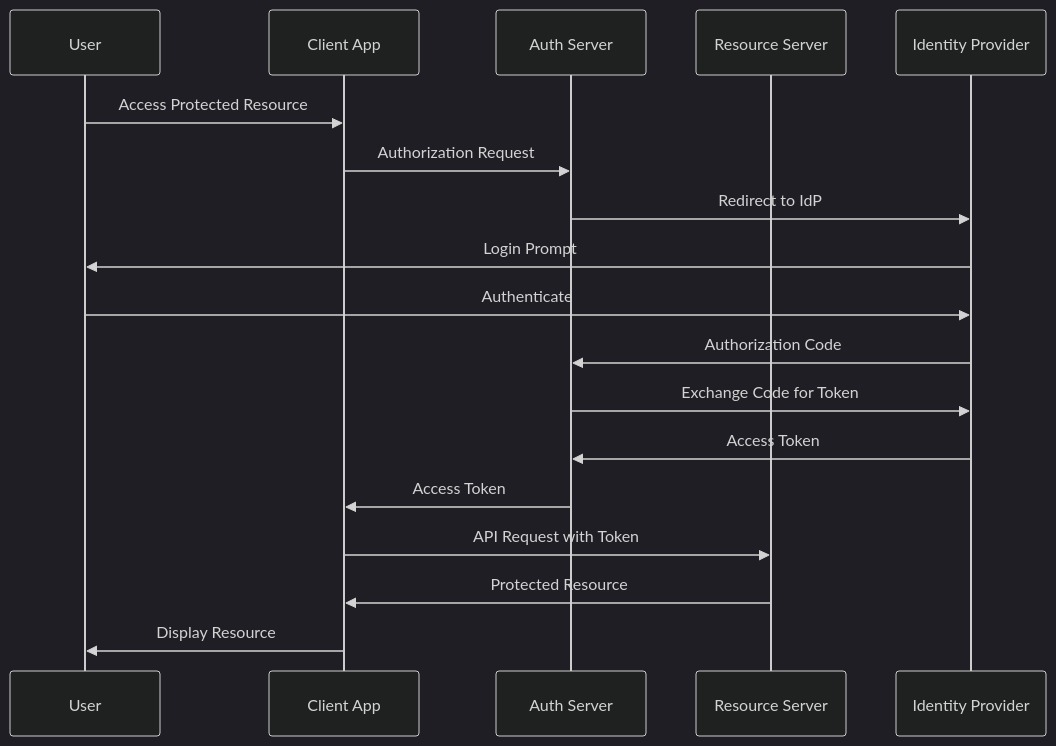
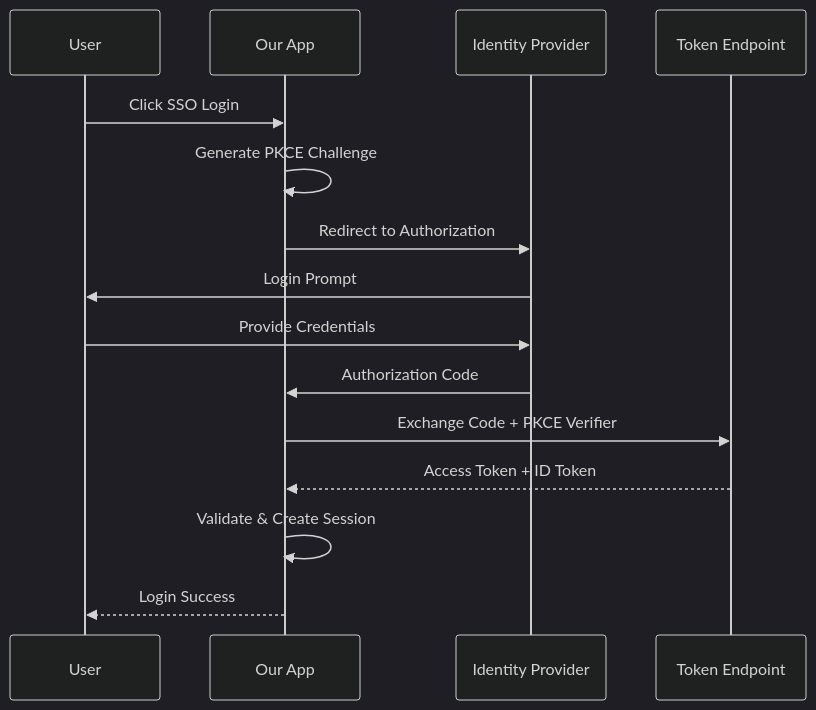
The third of 8 diagrams in source/_posts/Design-User-Login-Systems-with-SSO-Feature.md (shayne007/blog), drawn with Mermaid (dark theme) before and after one commit. The commit also changed other lines of this file, not shown here.

Commit message:
add user login system

````diff
--- a/source/_posts/Design-User-Login-Systems-with-SSO-Feature.md
+++ b/source/_posts/Design-User-Login-Systems-with-SSO-Feature.md
@@ -169,21 +97,17 @@
-```mermaid
-sequenceDiagram
+{% mermaid sequenceDiagram %}
     participant U as User
-    participant C as Client App
-    participant A as Auth Server
-    participant R as Resource Server
+    participant A as Our App
     participant I as Identity Provider
+    participant T as Token Endpoint
     
-    U->>C: Access Protected Resource
-    C->>A: Authorization Request
-    A->>I: Redirect to IdP
+    U->>A: Click SSO Login
+    A->>A: Generate PKCE Challenge
+    A->>I: Redirect to Authorization
     I->>U: Login Prompt
-    U->>I: Authenticate
+    U->>I: Provide Credentials
     I->>A: Authorization Code
-    A->>I: Exchange Code for Token
-    I->>A: Access Token
-    A->>C: Access Token
-    C->>R: API Request with Token
-    R->>C: Protected Resource
-    C->>U: Display Resource
-```
+    A->>T: Exchange Code + PKCE Verifier
+    T-->>A: Access Token + ID Token
+    A->>A: Validate & Create Session
+    A-->>U: Login Success
+{% endmermaid %}
````
